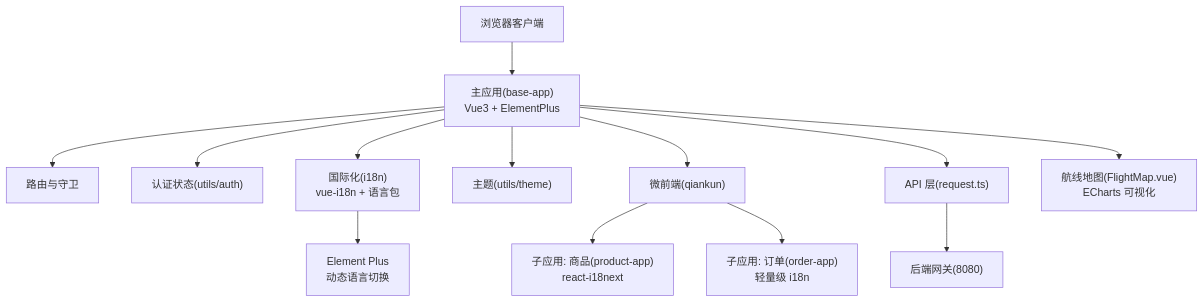
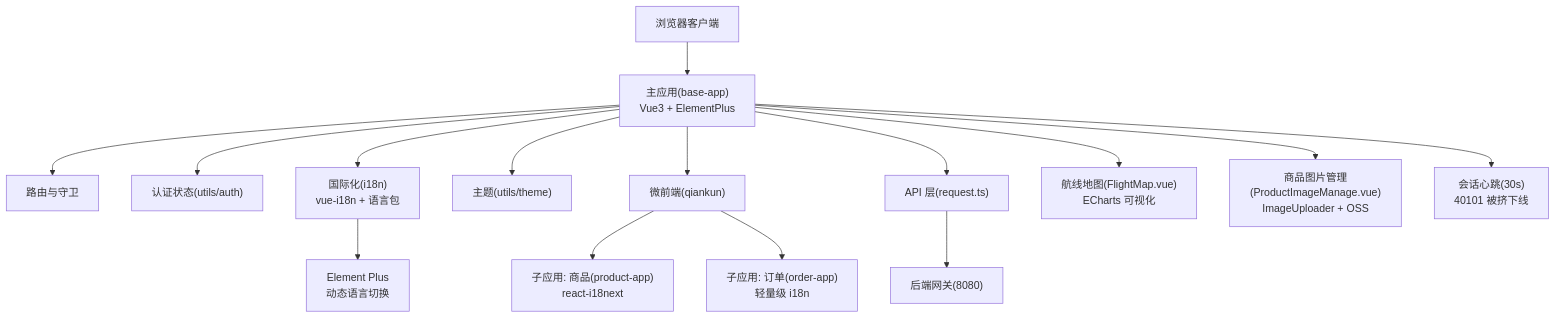
Before and after one commit to haohailiang/qoder-fullstack: the second of 13 diagrams in .qoder/repowiki/zh/content/前端架构设计/主应用(base-app).md, drawn with Mermaid. The commit also changed other lines of this file and 33 other files, not shown here.

````diff
--- a/.qoder/repowiki/zh/content/前端架构设计/主应用(base-app).md
+++ b/.qoder/repowiki/zh/content/前端架构设计/主应用(base-app).md
@@ -146,15 +159,17 @@
 ```mermaid
 graph TB
 Client["浏览器客户端"] --> Base["主应用(base-app)<br/>Vue3 + ElementPlus"]
 Base --> Router["路由与守卫"]
 Base --> Auth["认证状态(utils/auth)"]
 Base --> I18N["国际化(i18n)<br/>vue-i18n + 语言包"]
 Base --> Theme["主题(utils/theme)"]
 Base --> Micro["微前端(qiankun)"]
 Micro --> SubProduct["子应用: 商品(product-app)<br/>react-i18next"]
 Micro --> SubOrder["子应用: 订单(order-app)<br/>轻量级 i18n"]
 Base --> API["API 层(request.ts)"]
 API --> Gateway["后端网关(8080)"]
 I18N --> EP["Element Plus<br/>动态语言切换"]
 Base --> FlightMap["航线地图(FlightMap.vue)<br/>ECharts 可视化"]
+Base --> ProductImages["商品图片管理(ProductImageManage.vue)<br/>ImageUploader + OSS"]
+Base --> Heartbeat["会话心跳(30s)<br/>40101 被挤下线"]
 ```
````
